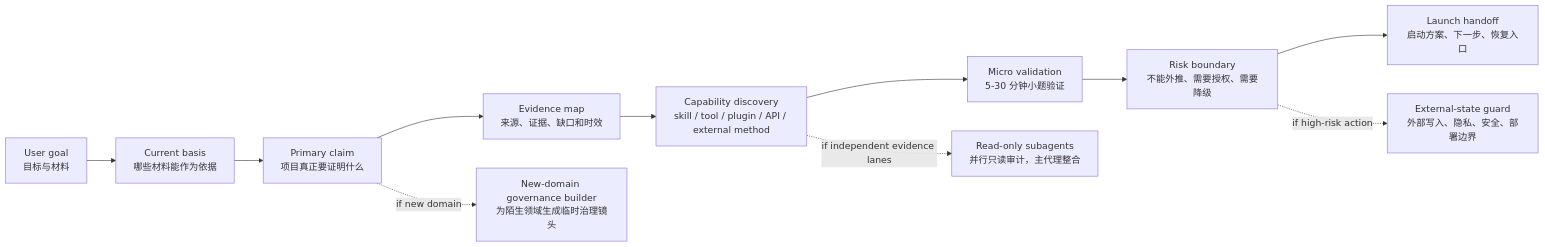
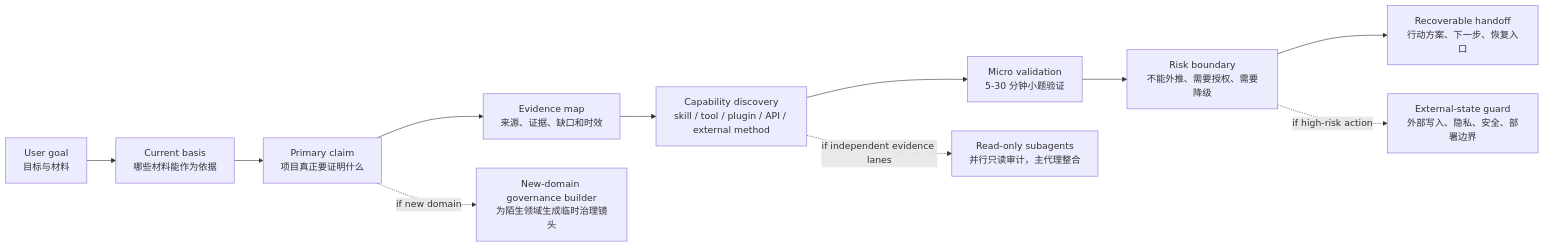
Before and after one commit to chuanqi210-creator/complex-project-front-governance: the diagram in README.md, drawn with Mermaid. The commit also changed other lines of this file, not shown here.

````diff
--- a/README.md
+++ b/README.md
@@ -20,14 +21,14 @@
 ```mermaid
 flowchart LR
   A["User goal<br/>目标与材料"] --> B["Current basis<br/>哪些材料能作为依据"]
   B --> C["Primary claim<br/>项目真正要证明什么"]
   C --> D["Evidence map<br/>来源、证据、缺口和时效"]
   D --> E["Capability discovery<br/>skill / tool / plugin / API / external method"]
   E --> F["Micro validation<br/>5-30 分钟小题验证"]
   F --> G["Risk boundary<br/>不能外推、需要授权、需要降级"]
-  G --> H["Launch handoff<br/>启动方案、下一步、恢复入口"]
+  G --> H["Recoverable handoff<br/>行动方案、下一步、恢复入口"]
 
   C -. if new domain .-> I["New-domain governance builder<br/>为陌生领域生成临时治理镜头"]
   E -. if independent evidence lanes .-> J["Read-only subagents<br/>并行只读审计，主代理整合"]
   G -. if high-risk action .-> K["External-state guard<br/>外部写入、隐私、安全、部署边界"]
 ```
````
